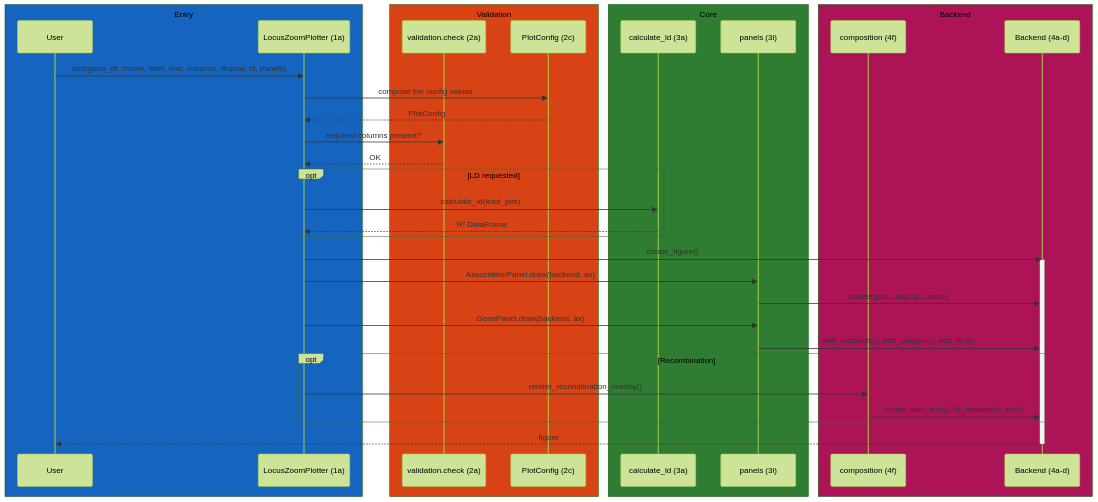
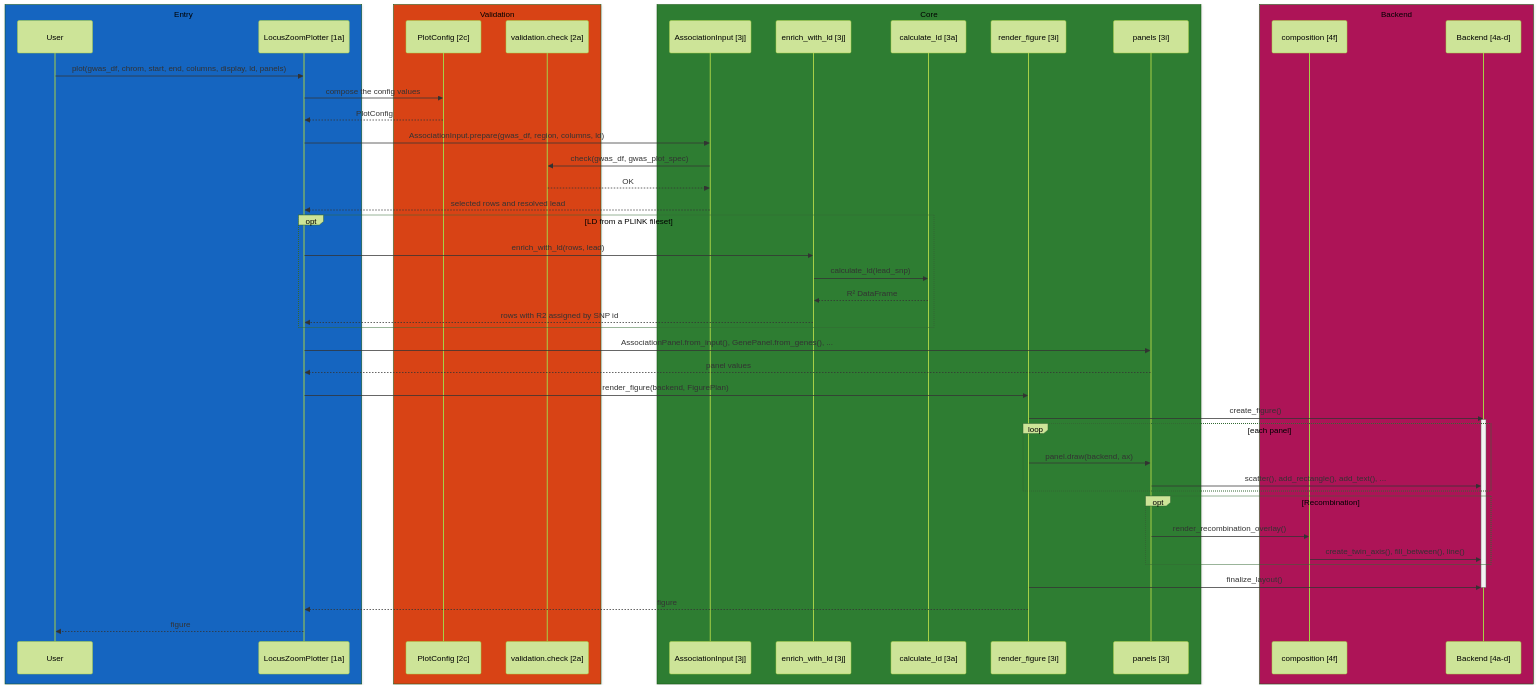
One commit to michael-denyer/pyLocusZoom changed the second of 3 diagrams in docs/CODEMAP.md. Above: the diagram before and after it, drawn with Mermaid (forest theme). The commit also changed other lines of this file and 24 other files, not shown here.

````diff
--- a/docs/CODEMAP.md
+++ b/docs/CODEMAP.md
@@ -325,43 +353,55 @@
 ```mermaid
 sequenceDiagram
     box rgb(21, 101, 192) Entry
         participant U as User
-        participant P as LocusZoomPlotter (1a)
+        participant P as LocusZoomPlotter [1a]
     end
     box rgb(216, 67, 21) Validation
-        participant V as validation.check (2a)
-        participant C as PlotConfig (2c)
+        participant C as PlotConfig [2c]
+        participant V as validation.check [2a]
     end
     box rgb(46, 125, 50) Core
-        participant L as calculate_ld (3a)
-        participant G as panels (3i)
+        participant A as AssociationInput [3j]
+        participant E as enrich_with_ld [3j]
+        participant L as calculate_ld [3a]
+        participant R as render_figure [3i]
+        participant G as panels [3i]
     end
     box rgb(173, 20, 87) Backend
-        participant O as composition (4f)
-        participant B as Backend (4a-d)
+        participant O as composition [4f]
+        participant B as Backend [4a-d]
     end
 
     U->>P: plot(gwas_df, chrom, start, end, columns, display, ld, panels)
     P->>C: compose the config values
     C-->>P: PlotConfig
-    P->>V: required columns present?
-    V-->>P: OK
+    P->>A: AssociationInput.prepare(gwas_df, region, columns, ld)
+    A->>V: check(gwas_df, gwas_plot_spec)
+    V-->>A: OK
+    A-->>P: selected rows and resolved lead
 
-    opt LD requested
-        P->>L: calculate_ld(lead_pos)
-        L-->>P: R² DataFrame
+    opt LD from a PLINK fileset
+        P->>E: enrich_with_ld(rows, lead)
+        E->>L: calculate_ld(lead_snp)
+        L-->>E: R² DataFrame
+        E-->>P: rows with R2 assigned by SNP id
     end
 
-    P->>B: create_figure()
+    P->>G: AssociationPanel.from_input(), GenePanel.from_genes(), ...
+    G-->>P: panel values
+    P->>R: render_figure(backend, FigurePlan)
+    R->>B: create_figure()
     activate B
-    P->>G: AssociationPanel.draw(backend, ax)
-    G->>B: scatter(pos, -log10p, colors)
-    P->>G: GenePanel.draw(backend, ax)
-    G->>B: add_rectangle(), add_polygon(), add_text()
+    loop each panel
+        R->>G: panel.draw(backend, ax)
+        G->>B: scatter(), add_rectangle(), add_text(), ...
+    end
     opt Recombination
-        P->>O: render_recombination_overlay()
+        G->>O: render_recombination_overlay()
         O->>B: create_twin_axis(), fill_between(), line()
     end
-    B-->>U: figure
+    R->>B: finalize_layout()
     deactivate B
+    R-->>P: figure
+    P-->>U: figure
 ```
````
